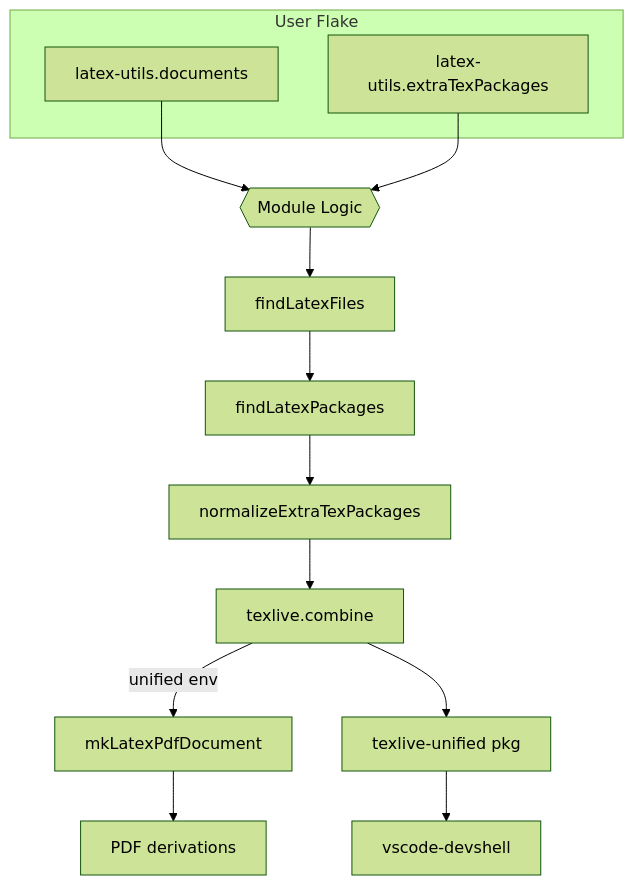
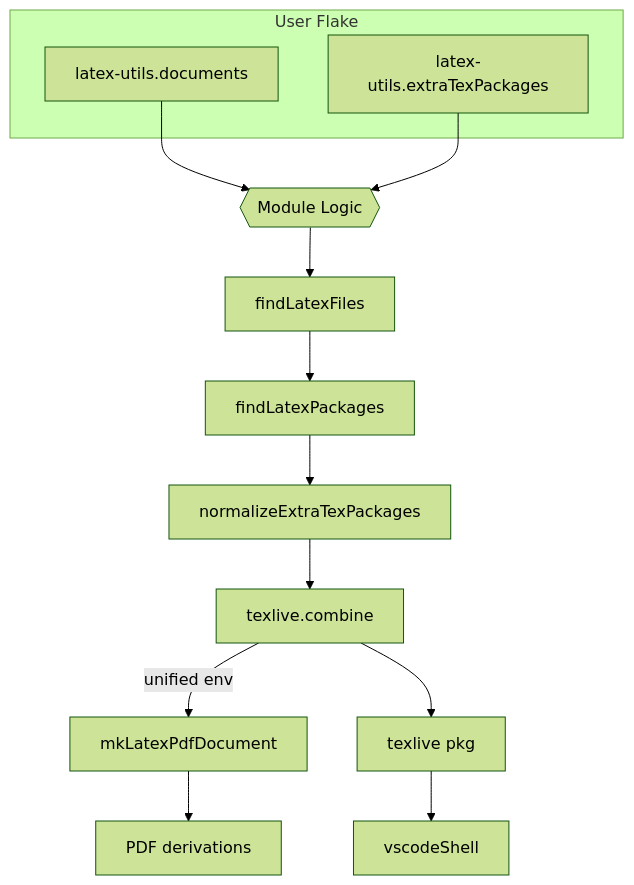
The diagram in docs/internal/ARCHITECTURE.md (jmmaloney4/latex-utils), drawn with Mermaid (forest theme) before and after one commit. The commit also changed other lines of this file and 8 other files, not shown here.

````diff
--- a/docs/internal/ARCHITECTURE.md
+++ b/docs/internal/ARCHITECTURE.md
@@ -22,17 +22,17 @@
 ```mermaid
 flowchart TD
     subgraph User Flake
         A[latex-utils.documents]
         B[latex-utils.extraTexPackages]
     end
     A --> C{{Module Logic}}
     B --> C
     C --> D[findLatexFiles]
     D --> E[findLatexPackages]
     E --> F[normalizeExtraTexPackages]
     F --> G[texlive.combine]
     G -->|unified env| H[mkLatexPdfDocument]
     H --> I[PDF derivations]
-    G --> J[texlive-unified pkg]
-    J --> K[vscode-devshell]
+    G --> J[texlive pkg]
+    J --> K[vscodeShell]
 ```
````
